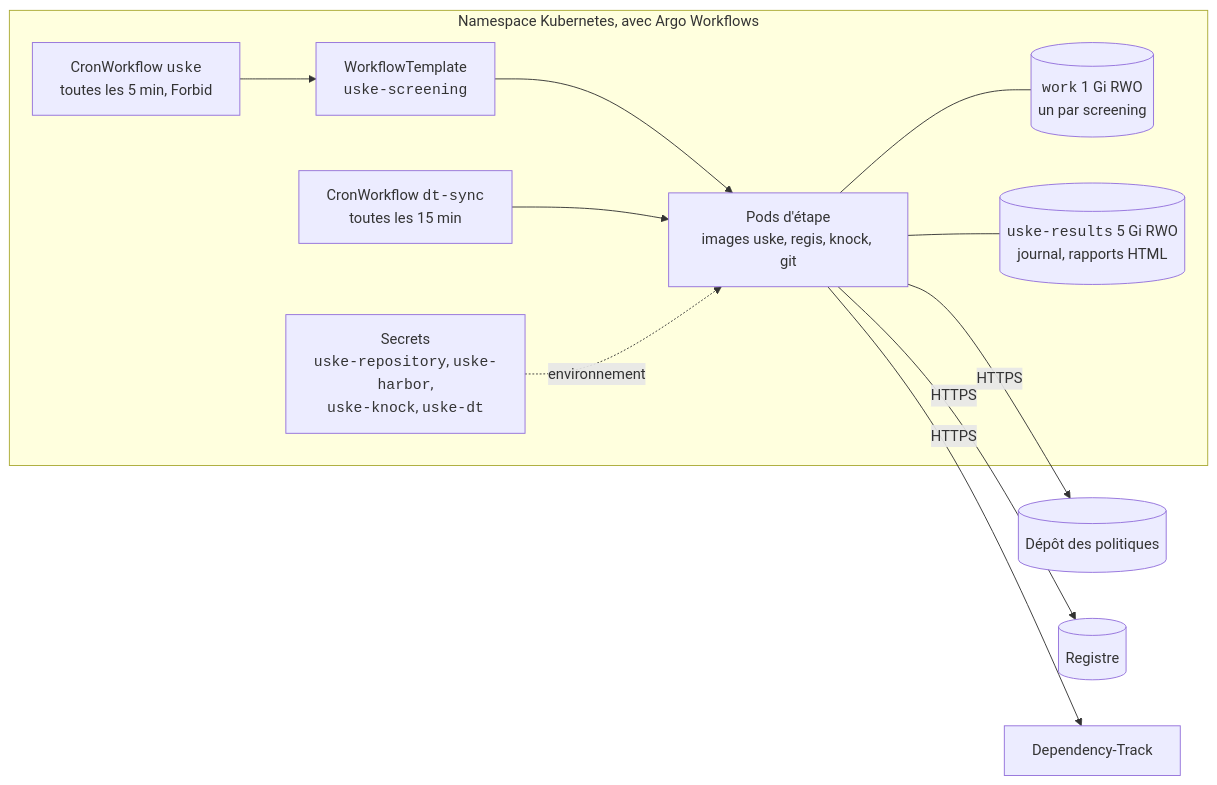
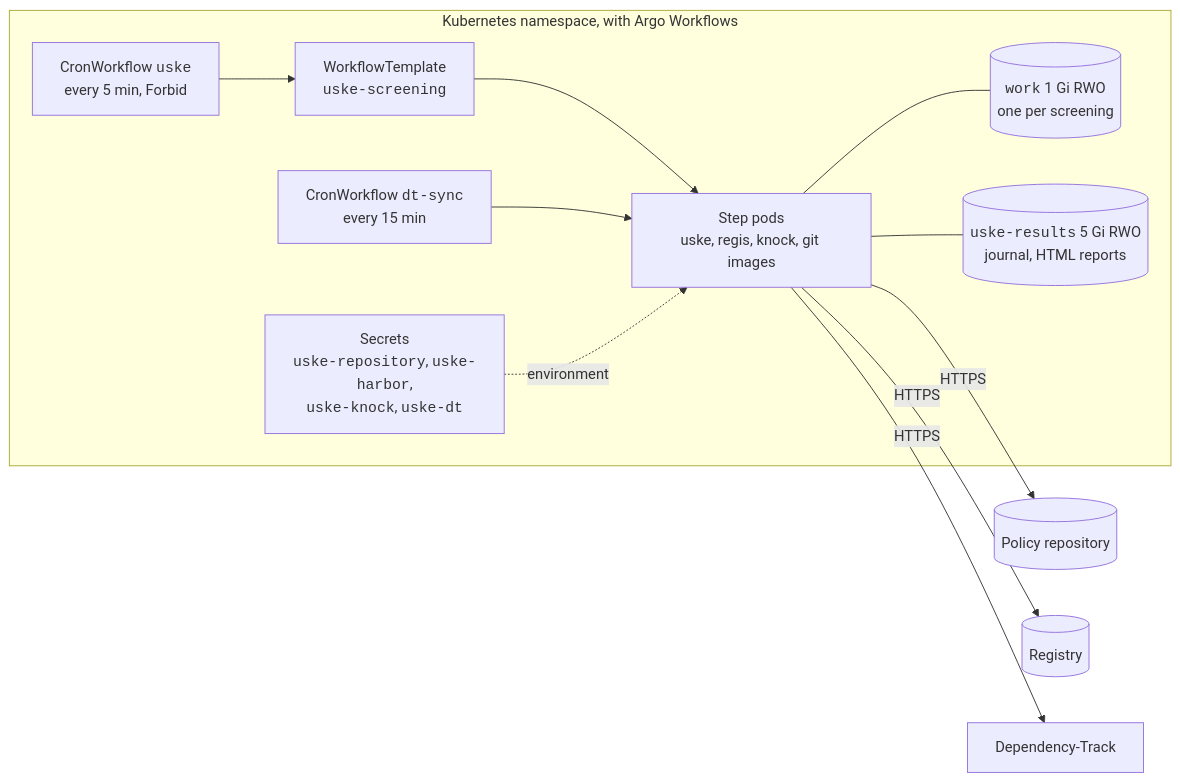
The fifth of 5 diagrams in docs/architecture/arc42.md (trivoallan/uske), drawn with Mermaid before and after one commit. The commit also changed other lines of this file and 17 other files, not shown here.

````diff
--- a/docs/architecture/arc42.md
+++ b/docs/architecture/arc42.md
@@ -458,20 +452,20 @@
 ```mermaid
 flowchart LR
-  subgraph ns["Namespace Kubernetes, avec Argo Workflows"]
-    c1["CronWorkflow <code>uske</code><br>toutes les 5 min, Forbid"]
-    c2["CronWorkflow <code>dt-sync</code><br>toutes les 15 min"]
+  subgraph ns["Kubernetes namespace, with Argo Workflows"]
+    c1["CronWorkflow <code>uske</code><br>every 5 min, Forbid"]
+    c2["CronWorkflow <code>dt-sync</code><br>every 15 min"]
     wt["WorkflowTemplate<br><code>uske-screening</code>"]
-    pods["Pods d'étape<br>images uske, regis, knock, git"]
-    work[("<code>work</code> 1 Gi RWO<br>un par screening")]
-    res[("<code>uske-results</code> 5 Gi RWO<br>journal, rapports HTML")]
+    pods["Step pods<br>uske, regis, knock, git images"]
+    work[("<code>work</code> 1 Gi RWO<br>one per screening")]
+    res[("<code>uske-results</code> 5 Gi RWO<br>journal, HTML reports")]
     sec["Secrets<br><code>uske-repository</code>, <code>uske-harbor</code>,<br><code>uske-knock</code>, <code>uske-dt</code>"]
     c1 --> wt --> pods
     c2 --> pods
     pods --- work
     pods --- res
-    sec -.->|"environnement"| pods
+    sec -.->|"environment"| pods
   end
-  pods -->|"HTTPS"| git[("Dépôt des politiques")]
-  pods -->|"HTTPS"| reg[("Registre")]
+  pods -->|"HTTPS"| git[("Policy repository")]
+  pods -->|"HTTPS"| reg[("Registry")]
   pods -->|"HTTPS"| dt["Dependency-Track"]
 ```
````
